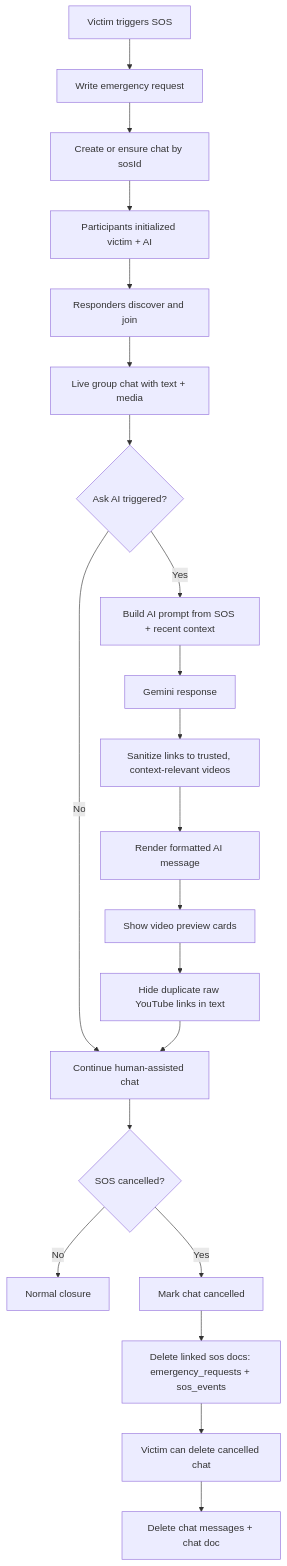
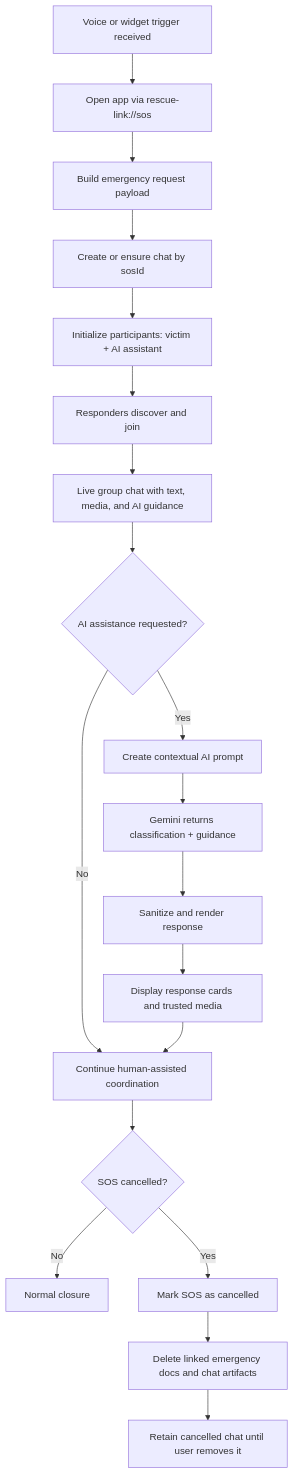
One commit to gopikaganesan/rescue-link changed the second of 4 diagrams in docs/PROCESS_FLOW_ARCHITECTURE.md. Above: the diagram before and after it, drawn with Mermaid. The commit also changed other lines of this file and 17 other files, not shown here.

````diff
--- a/docs/PROCESS_FLOW_ARCHITECTURE.md
+++ b/docs/PROCESS_FLOW_ARCHITECTURE.md
@@ -33,24 +38,22 @@
 ```mermaid
 flowchart TD
-  A[Victim triggers SOS] --> B[Write emergency request]
-  B --> C[Create or ensure chat by sosId]
-  C --> D[Participants initialized victim + AI]
-  D --> E[Responders discover and join]
-  E --> F[Live group chat with text + media]
-  F --> G{Ask AI triggered?}
-  G -- No --> H[Continue human-assisted chat]
-  G -- Yes --> I[Build AI prompt from SOS + recent context]
-  I --> J[Gemini response]
-  J --> K[Sanitize links to trusted, context-relevant videos]
-  K --> L[Render formatted AI message]
-  L --> M[Show video preview cards]
-  M --> N[Hide duplicate raw YouTube links in text]
-  N --> H
+  A[Voice or widget trigger received] --> B[Open app via rescue-link://sos]
+  B --> C[Build emergency request payload]
+  C --> D[Create or ensure chat by sosId]
+  D --> E[Initialize participants: victim + AI assistant]
+  E --> F[Responders discover and join]
+  F --> G[Live group chat with text, media, and AI guidance]
+  G --> H{AI assistance requested?}
+  H -- No --> I[Continue human-assisted coordination]
+  H -- Yes --> J[Create contextual AI prompt]
+  J --> K[Gemini returns classification + guidance]
+  K --> L[Sanitize and render response]
+  L --> M[Display response cards and trusted media]
+  M --> I
 
-  H --> O{SOS cancelled?}
-  O -- No --> P[Normal closure]
-  O -- Yes --> Q[Mark chat cancelled]
-  Q --> R[Delete linked sos docs: emergency_requests + sos_events]
-  R --> S[Victim can delete cancelled chat]
-  S --> T[Delete chat messages + chat doc]
+  I --> N{SOS cancelled?}
+  N -- No --> O[Normal closure]
+  N -- Yes --> P[Mark SOS as cancelled]
+  P --> Q[Delete linked emergency docs and chat artifacts]
+  Q --> R[Retain cancelled chat until user removes it]
 ```
````
